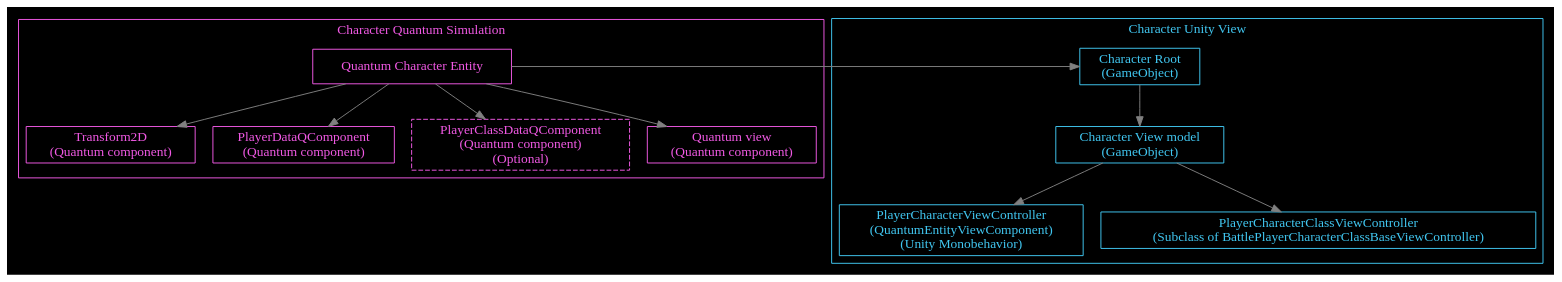
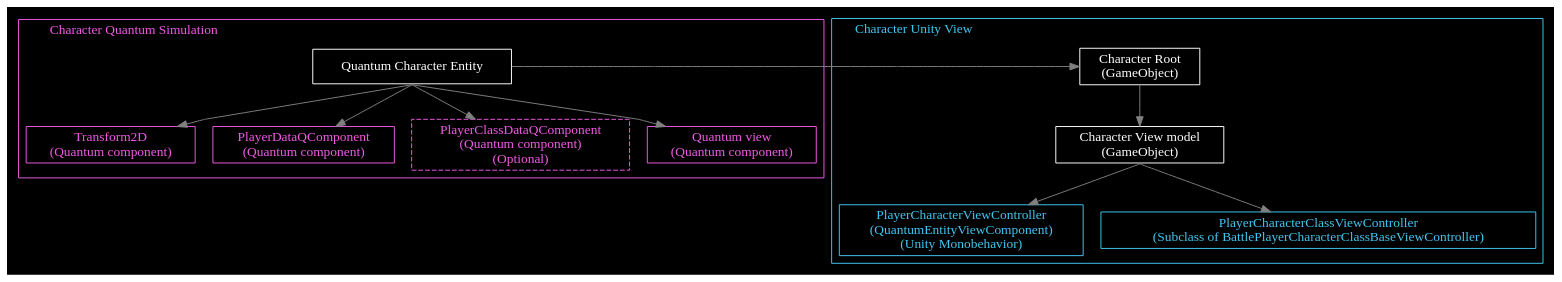
The sixth of 9 diagrams in Doc/Doxygen/Battle/additional-documentation/pages/1-concepts-player-.md (Alt-Org/Altzone), drawn with Graphviz before and after one commit. The commit also changed other lines of this file and 9 other files, not shown here.

````diff
--- a/Doc/Doxygen/Battle/additional-documentation/pages/1-concepts-player-.md
+++ b/Doc/Doxygen/Battle/additional-documentation/pages/1-concepts-player-.md
@@ -292,44 +297,47 @@
 ```dot
 digraph PlayerCharacterEntity {
   color=white;
   fontcolor=white;
   bgcolor=black;
+  splines=polyline;
 
   edge [color=gray];
 
   subgraph cluster_quantum_character{
     color="#F159E4";
     fontcolor="#F159E4";
     label = "Character Quantum Simulation";
+    labeljust="l"
 
     node [shape=box, style=filled, color="#F159E4", fontcolor="#F159E4", fillcolor=black];
 
-    CharacterEntity          [label="Quantum Character Entity"];
+    CharacterEntity          [label="Quantum Character Entity", color=white, fontcolor=white];
 
     PlayerTransform2D     [label="Transform2D\n(Quantum component)"];
     PlayerData            [label="PlayerDataQComponent\n(Quantum component)"];
     PlayerClassData       [label="PlayerClassDataQComponent\n(Quantum component)\n(Optional)", style=dashed];
     PlayerView            [label="Quantum view\n(Quantum component)"];
 
-    CharacterEntity -> PlayerTransform2D, PlayerData, PlayerClassData, PlayerView
+    CharacterEntity:s -> PlayerTransform2D, PlayerData, PlayerClassData, PlayerView
   }
 
   subgraph cluster_unity_character{
     color="#41C7F1";
     fontcolor="#41C7F1";
     label = "Character Unity View";
+    labeljust="l"
 
     node [shape=box, style=filled, color="#41C7F1", fontcolor="#41C7F1", fillcolor=black];
 
-    CharacterRootGameObject               [label="Character Root\n(GameObject)"];
+    CharacterRootGameObject               [label="Character Root\n(GameObject)", color=white, fontcolor=white];
 
-    CharacterViewModel                          [label="Character View model\n(GameObject)"];
+    CharacterViewModel                          [label="Character View model\n(GameObject)", color=white, fontcolor=white];
     PlayerCharacterViewController               [label="PlayerCharacterViewController\n(QuantumEntityViewComponent)\n(Unity Monobehavior)"];
     PlayerCharacterClassViewController          [label="PlayerCharacterClassViewController\n(Subclass of BattlePlayerCharacterClassBaseViewController)"];
 
     CharacterRootGameObject -> CharacterViewModel;
-    CharacterViewModel -> PlayerCharacterViewController, PlayerCharacterClassViewController
+    CharacterViewModel:s -> PlayerCharacterViewController, PlayerCharacterClassViewController
   }
   CharacterEntity -> CharacterRootGameObject [constraint = false];
 }
 ```
````
